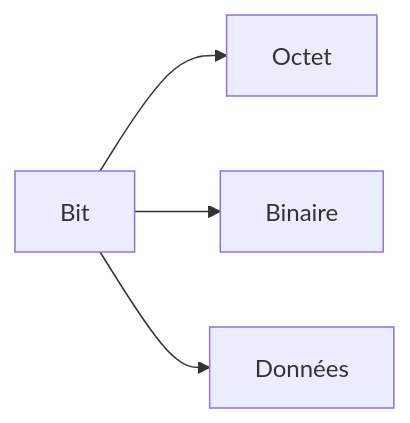
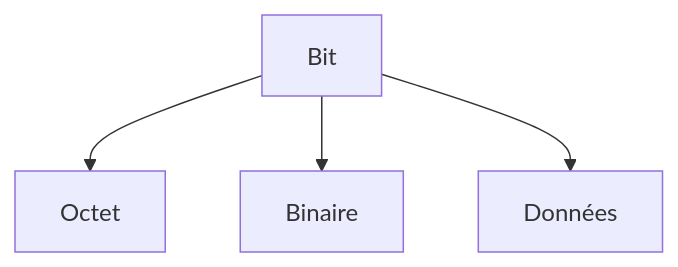
One commit to zyrass/omnydocs changed the sixth of 38 diagrams in docs/glossaire/bases-fondamentales.md. Above: the diagram before and after it, drawn with Mermaid. The commit also changed other lines of this file and 1780 other files, not shown here.

````diff
--- a/docs/glossaire/bases-fondamentales.md
+++ b/docs/glossaire/bases-fondamentales.md
@@ -119,6 +145,6 @@
-    ```mermaid
-    graph LR
-        A[Bit] --> B[Octet]
-        A --> C[Binaire]
-        A --> D[Données]
-    ```
+```mermaid
+graph TB
+    A[Bit] --> B[Octet]
+    A --> C[Binaire]
+    A --> D[Données]
+```
````
